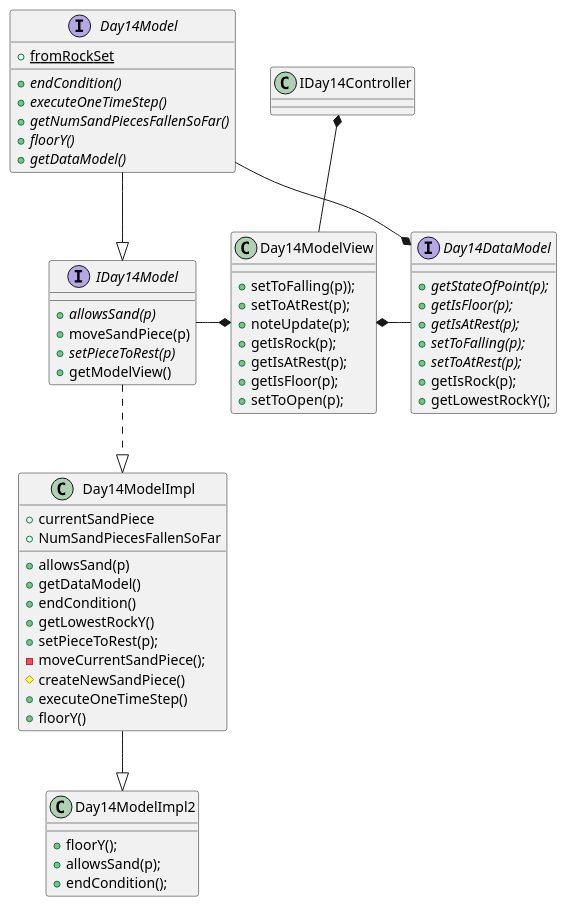
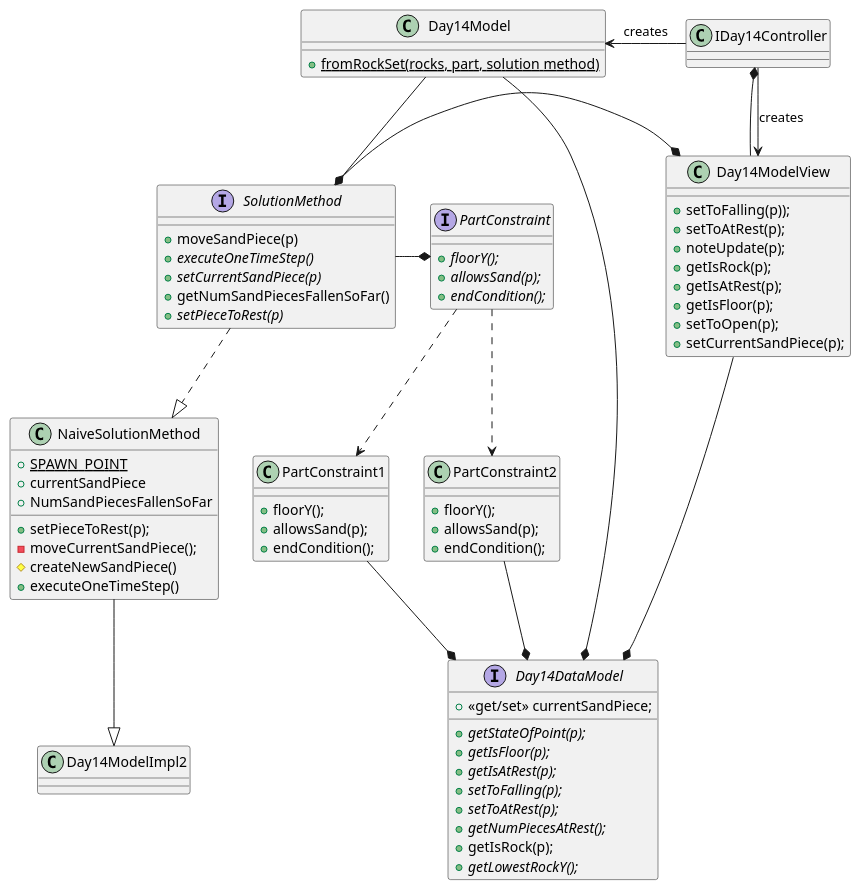
Before and after one commit to jdbr827/AdventOfCode_2019_Java: the diagram in src/year_2022/day_14/UML.puml, drawn with PlantUML. The commit also changed 18 other files, not shown here.

Commit message:
2022 D14 massive refactor see UML

```diff
--- a/src/year_2022/day_14/UML.puml
+++ b/src/year_2022/day_14/UML.puml
@@ -1,72 +1,93 @@
 @startuml
 'https://plantuml.com/class-diagram
 
 
-interface Day14Model {
-+ {abstract} endCondition()
-+ {abstract} executeOneTimeStep()
-+ {abstract} getNumSandPiecesFallenSoFar()
-+ {abstract} floorY()
-+ {abstract} getDataModel()
-+ {static} fromRockSet
+class Day14Model {
++ {static} fromRockSet(rocks, part, solution method)
+
+
 }
 
-interface IDay14Model {
-+ {abstract} allowsSand(p)
+Day14Model --* SolutionMethod
+
+interface SolutionMethod {
 + moveSandPiece(p)
-+ {abstract} setPieceToRest(p)
-+ getModelView()
++{abstract} executeOneTimeStep()
++{abstract} setCurrentSandPiece(p)
++ getNumSandPiecesFallenSoFar()
++{abstract} setPieceToRest(p)
 }
 
-Day14Model --|> IDay14Model
-class Day14ModelImpl {
 
+
+SolutionMethod ..|> NaiveSolutionMethod
+class NaiveSolutionMethod {
++ {static} SPAWN_POINT
 + currentSandPiece
 + NumSandPiecesFallenSoFar
-+ allowsSand(p)
-+ getDataModel()
-+ endCondition()
-+ getLowestRockY()
 + setPieceToRest(p);
 - moveCurrentSandPiece();
 # createNewSandPiece()
 + executeOneTimeStep()
-+ floorY()
 }
 
-IDay14Model -* Day14ModelView
+SolutionMethod -* Day14ModelView
 
 class Day14ModelView {
 + setToFalling(p));
 + setToAtRest(p);
 + noteUpdate(p);
 + getIsRock(p);
 + getIsAtRest(p);
 + getIsFloor(p);
 + setToOpen(p);
++ setCurrentSandPiece(p);
 }
 
+Day14Model --* Day14DataModel
+
 IDay14Controller *-- Day14ModelView
-Day14ModelView *- Day14DataModel
-
+Day14ModelView -* Day14DataModel
 interface Day14DataModel {
++ <<get/set>> currentSandPiece;
 + {abstract} getStateOfPoint(p);
 + {abstract} getIsFloor(p);
 + {abstract} getIsAtRest(p);
 + {abstract} setToFalling(p);
 + {abstract} setToAtRest(p);
++ {abstract} getNumPiecesAtRest();
 + getIsRock(p);
-+ getLowestRockY();
++ {abstract}getLowestRockY();
 }
 
-IDay14Model ..|> Day14ModelImpl
 
-Day14Model -* Day14DataModel
-Day14ModelImpl --|> Day14ModelImpl2
 
-class Day14ModelImpl2 {
+NaiveSolutionMethod --|> Day14ModelImpl2
+
+
+interface PartConstraint {
++ {abstract} floorY();
++ {abstract} allowsSand(p);
++ {abstract} endCondition();
+}
+
+PartConstraint ..> PartConstraint2
+PartConstraint ..> PartConstraint1
+
+class PartConstraint1 {
+    +floorY();
+    +allowsSand(p);
+    +endCondition();
+}
+class PartConstraint2 {
 + floorY();
 + allowsSand(p);
 + endCondition();
 }
+SolutionMethod -* PartConstraint
+PartConstraint1 --* Day14DataModel
+PartConstraint2 --* Day14DataModel
+
+IDay14Controller --> Day14ModelView : "creates"
+Day14Model <- IDay14Controller: "creates"
 @enduml
```
